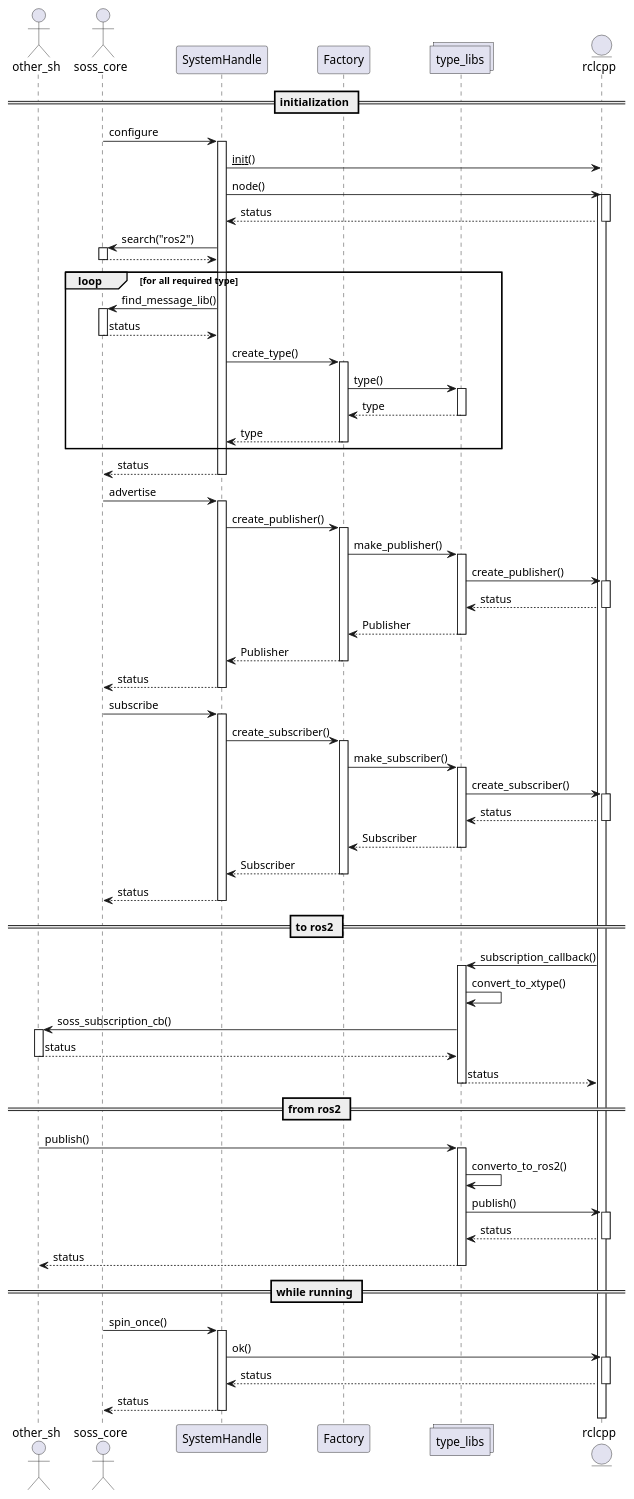
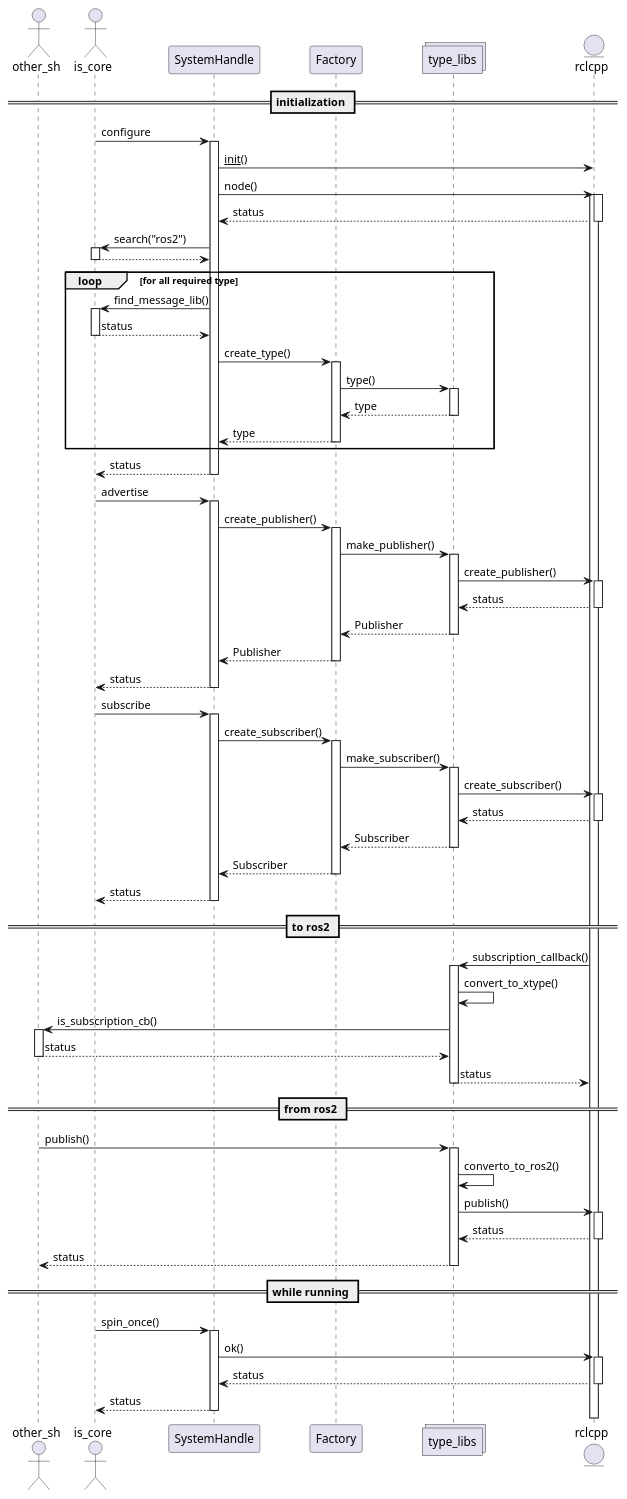
The diagram in packages/ros2/docs/class.puml (eProsima/Integration-Service), drawn with PlantUML before and after one commit. The commit also changed 16 other files, not shown here.

Commit message:
Finish soss-rosidl and soss-mock refactor; start soss-ros2 refactor

```diff
--- a/packages/ros2/docs/class.puml
+++ b/packages/ros2/docs/class.puml
@@ -1,107 +1,107 @@
 @startuml
 
 actor other_sh
-actor soss_core
+actor is_core
 participant SystemHandle
 participant Factory
 collections type_libs
 entity rclcpp
 
 == initialization ==
-soss_core -> SystemHandle: configure
+is_core -> SystemHandle: configure
 activate SystemHandle
 SystemHandle -> rclcpp: __init__()
 SystemHandle -> rclcpp: node()
 activate rclcpp
 activate rclcpp /'This represents the new created thread'/
 SystemHandle <-- rclcpp: status
 deactivate rclcpp
-SystemHandle -> soss_core: search("ros2")
-activate soss_core
-SystemHandle <-- soss_core
-deactivate soss_core
+SystemHandle -> is_core: search("ros2")
+activate is_core
+SystemHandle <-- is_core
+deactivate is_core
 loop for all required type
-    SystemHandle -> soss_core: find_message_lib()
-    activate soss_core
-    SystemHandle <-- soss_core: status
-    deactivate soss_core
+    SystemHandle -> is_core: find_message_lib()
+    activate is_core
+    SystemHandle <-- is_core: status
+    deactivate is_core
     SystemHandle -> Factory: create_type()
     activate Factory
     Factory -> type_libs: type()
     activate type_libs
     Factory <-- type_libs: type
     deactivate type_libs
     SystemHandle <-- Factory: type
     deactivate Factory
 end
-soss_core <-- SystemHandle: status
+is_core <-- SystemHandle: status
 deactivate SystemHandle
 
-soss_core -> SystemHandle: advertise
+is_core -> SystemHandle: advertise
 activate SystemHandle
 SystemHandle -> Factory: create_publisher()
 activate Factory
 Factory -> type_libs: make_publisher()
 activate type_libs
 type_libs -> rclcpp: create_publisher()
 activate rclcpp
 type_libs <-- rclcpp: status
 deactivate rclcpp
 Factory <-- type_libs: Publisher
 deactivate type_libs
 SystemHandle <-- Factory: Publisher
 deactivate Factory
-soss_core <-- SystemHandle: status
+is_core <-- SystemHandle: status
 deactivate SystemHandle
 
-soss_core -> SystemHandle: subscribe
+is_core -> SystemHandle: subscribe
 activate SystemHandle
 SystemHandle -> Factory: create_subscriber()
 activate Factory
 Factory -> type_libs: make_subscriber()
 activate type_libs
 type_libs -> rclcpp: create_subscriber()
 activate rclcpp
 type_libs <-- rclcpp: status
 deactivate rclcpp
 Factory <-- type_libs: Subscriber
 deactivate type_libs
 SystemHandle <-- Factory: Subscriber
 deactivate Factory
-soss_core <-- SystemHandle: status
+is_core <-- SystemHandle: status
 deactivate SystemHandle
 
 == to ros2 ==
 rclcpp -> type_libs: subscription_callback()
 activate type_libs
 type_libs -> type_libs: convert_to_xtype()
-type_libs -> other_sh: soss_subscription_cb()
+type_libs -> other_sh: is_subscription_cb()
 activate other_sh
 type_libs <-- other_sh: status
 deactivate other_sh
 rclcpp <-- type_libs: status
 deactivate type_libs
 
 == from ros2 ==
 other_sh -> type_libs: publish()
 activate type_libs
 type_libs -> type_libs: converto_to_ros2()
 type_libs -> rclcpp: publish()
 activate rclcpp
 type_libs <-- rclcpp: status
 deactivate rclcpp
 other_sh <-- type_libs: status
 deactivate type_libs
 
 == while running ==
-soss_core -> SystemHandle: spin_once()
+is_core -> SystemHandle: spin_once()
 activate SystemHandle
 SystemHandle -> rclcpp: ok()
 activate rclcpp
 SystemHandle <-- rclcpp: status
 deactivate rclcpp
-soss_core <-- SystemHandle: status
+is_core <-- SystemHandle: status
 deactivate SystemHandle
 
 
 @enduml
```
